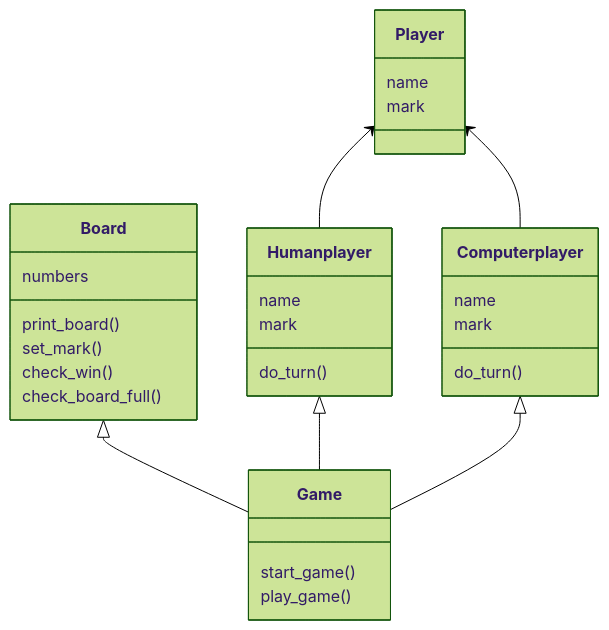
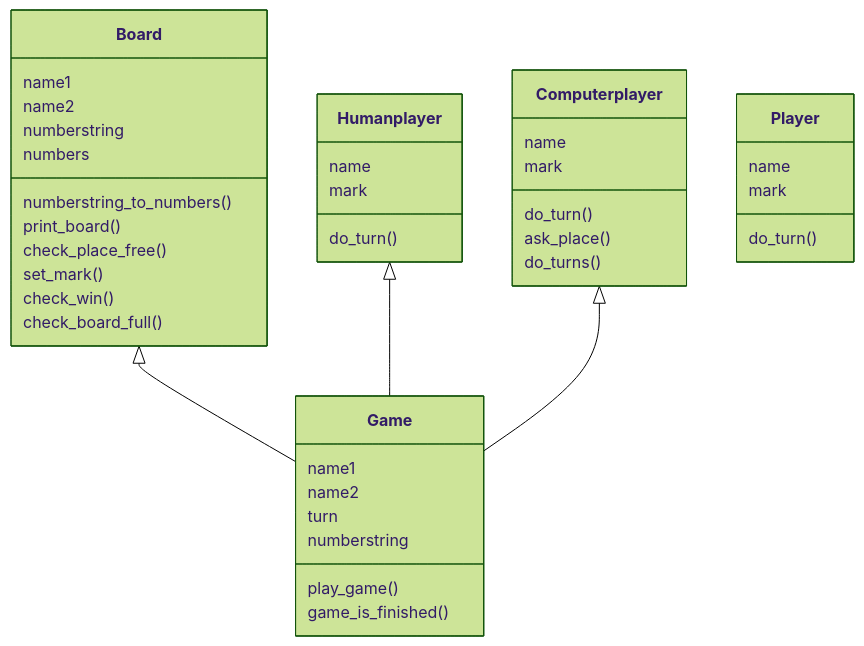
One commit to lauurap/ot-harjoitustyo changed the first of 2 diagrams in dokumentaatio/arkkitehtuuri.md. Above: the diagram before and after it, drawn with Mermaid (forest theme). The commit also changed other lines of this file and 7 other files, not shown here.

````diff
--- a/dokumentaatio/arkkitehtuuri.md
+++ b/dokumentaatio/arkkitehtuuri.md
@@ -8,34 +26,44 @@
 ```mermaid
  classDiagram
       Board <|-- Game
       Humanplayer <|-- Game
       Computerplayer <|-- Game
-      Player <-- Humanplayer
-      Player <-- Computerplayer
       class Board{
+          name1
+          name2
+          numberstring
           numbers
+          numberstring_to_numbers()
           print_board()
+          check_place_free()
           set_mark()
           check_win()
           check_board_full()
 
       }
       class Game{
-          start_game()
+          name1
+          name2
+          turn
+          numberstring
           play_game()
+          game_is_finished()
       }
       class Humanplayer{
           name
           mark
           do_turn()
       }
       class Computerplayer{
           name
           mark
           do_turn()
+          ask_place()
+          do_turns()
       }
       class Player{
           name
           mark
+          do_turn()
       }
 ```
````
